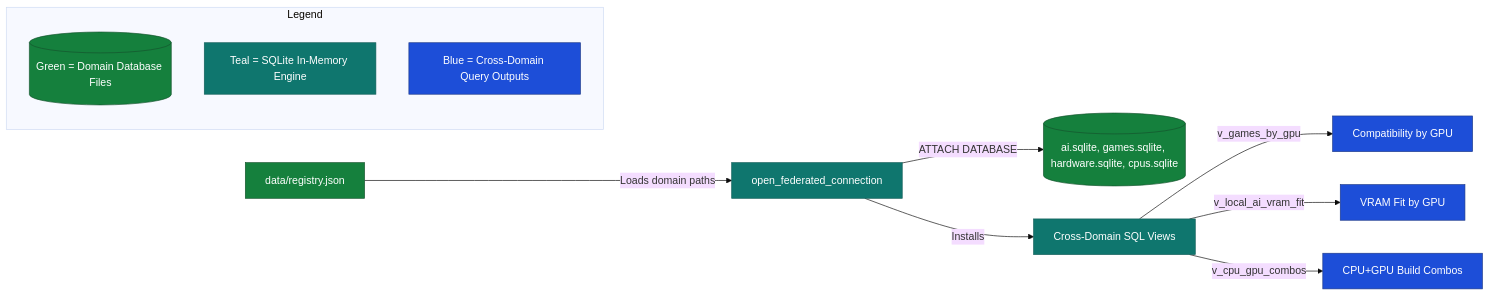
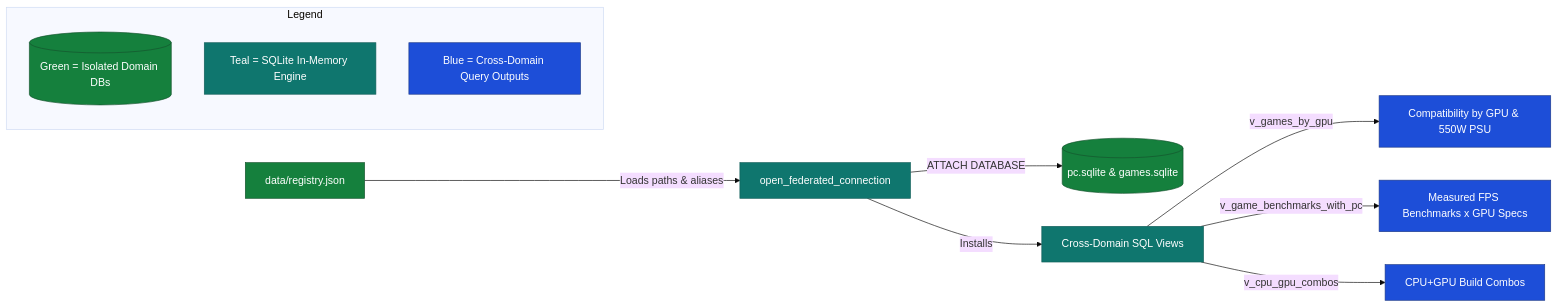
Before and after one commit to Mostakim2005/database-manager: the sixth of 12 diagrams in docs/ARCHITECTURE.md, drawn with Mermaid (base theme). The commit also changed other lines of this file and 54 other files, not shown here.

````diff
--- a/docs/ARCHITECTURE.md
+++ b/docs/ARCHITECTURE.md
@@ -187,20 +192,20 @@
 ```mermaid
 flowchart LR
     %% Color Definitions
     classDef startNode fill:#1d4ed8,stroke:#1e3a8a,color:#ffffff
     classDef processNode fill:#0f766e,stroke:#115e59,color:#ffffff
     classDef dataNode fill:#15803d,stroke:#14532d,color:#ffffff
 
-    D1[data/registry.json]:::dataNode -->|Loads domain paths| F1[open_federated_connection]:::processNode
-    F1 -->|ATTACH DATABASE| D2[(ai.sqlite, games.sqlite, hardware.sqlite, cpus.sqlite)]:::dataNode
+    D1[data/registry.json]:::dataNode -->|Loads paths & aliases| F1[open_federated_connection]:::processNode
+    F1 -->|ATTACH DATABASE| D2[(pc.sqlite & games.sqlite)]:::dataNode
     F1 -->|Installs| V1[Cross-Domain SQL Views]:::processNode
-    V1 -->|v_games_by_gpu| Q1[Compatibility by GPU]:::startNode
-    V1 -->|v_local_ai_vram_fit| Q2[VRAM Fit by GPU]:::startNode
+    V1 -->|v_games_by_gpu| Q1[Compatibility by GPU & 550W PSU]:::startNode
+    V1 -->|v_game_benchmarks_with_pc| Q2[Measured FPS Benchmarks x GPU Specs]:::startNode
     V1 -->|v_cpu_gpu_combos| Q3[CPU+GPU Build Combos]:::startNode
 
     subgraph Legend["Legend"]
-        L1[(Green = Domain Database Files)]:::dataNode
+        L1[(Green = Isolated Domain DBs)]:::dataNode
         L2[Teal = SQLite In-Memory Engine]:::processNode
         L3[Blue = Cross-Domain Query Outputs]:::startNode
     end
 ```
````
